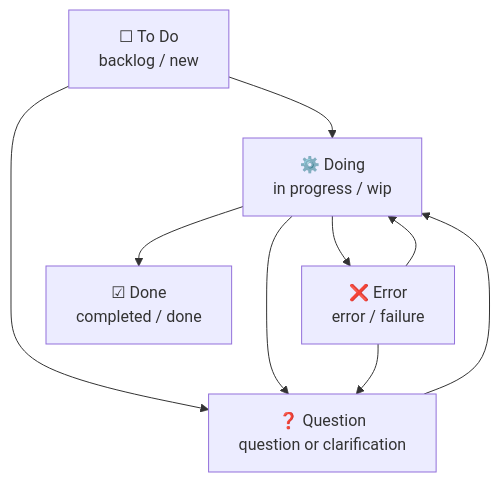
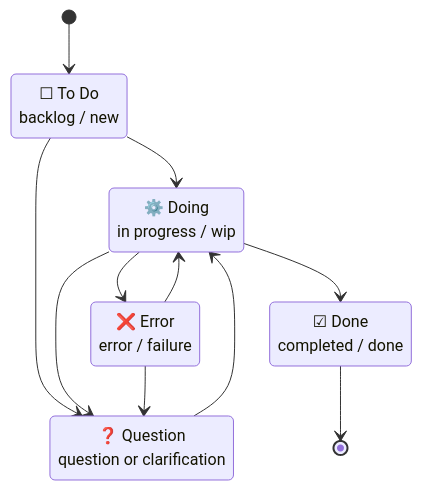
Before and after one commit to tangledgroup/tangled-skills: the diagram in .agents/skills/workflow/assets/transitions.md, drawn with Mermaid. The commit also changed 1 other file, not shown here.

Commit message:
docs(workflow): update transition diagram assets

````diff
--- a/.agents/skills/workflow/assets/transitions.md
+++ b/.agents/skills/workflow/assets/transitions.md
@@ -1,17 +1,23 @@
 ```mermaid
-flowchart TD
-    todo["☐ To Do<br>backlog / new"]
-    question["❓ Question<br>question or clarification"]
-    doing["⚙️ Doing<br>in progress / wip"]
-    error["❌ Error<br>error / failure"]
-    done["☑ Done<br>completed / done"]
+stateDiagram-v2
+    direction TB
+
+    [*] --> todo
+
+    state "☐ To Do<br>backlog / new" as todo
+    state "❓ Question<br>question or clarification" as question
+    state "⚙️ Doing<br>in progress / wip" as doing
+    state "❌ Error<br>error / failure" as error
+    state "☑ Done<br>completed / done" as done
 
     todo --> doing
     todo --> question
     doing --> question
     doing --> error
     doing --> done
     question --> doing
     error --> doing
     error --> question
+
+    done --> [*]
 ```
````
